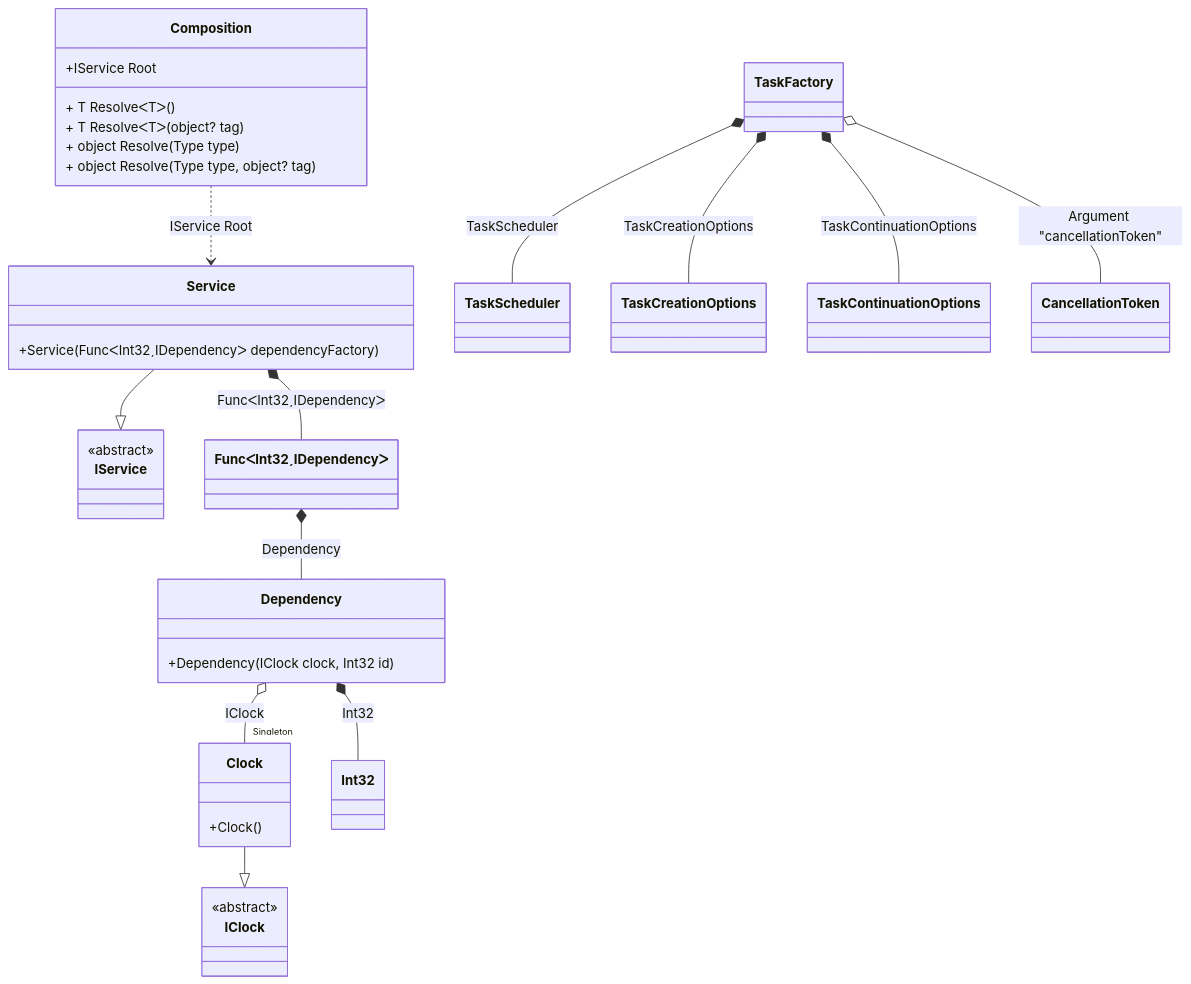
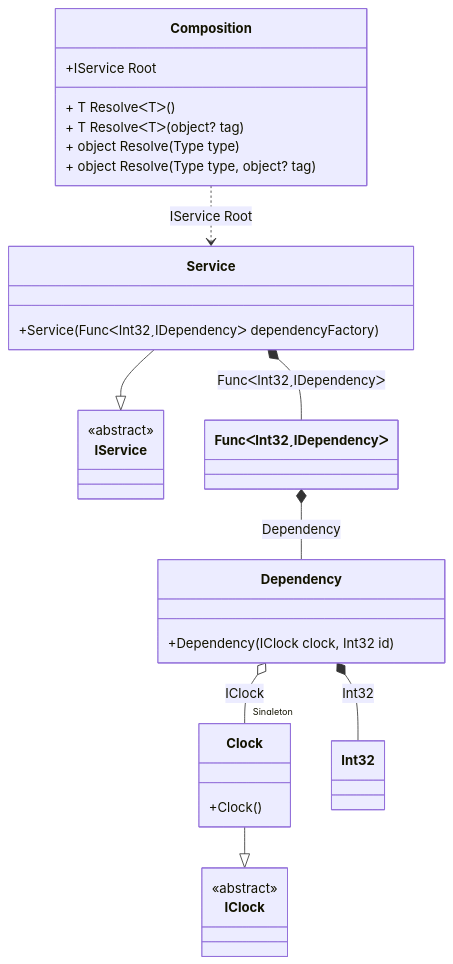
Before and after one commit to DevTeam/Pure.DI: the diagram in readme/func-with-arguments.md, drawn with Mermaid. The commit also changed other lines of this file and 66 other files, not shown here.

Commit message:
Minimizing the volume of the dependency graph

````diff
--- a/readme/func-with-arguments.md
+++ b/readme/func-with-arguments.md
@@ -70,43 +70,34 @@
 ```mermaid
 classDiagram
   class Composition {
     +IService Root
     + T ResolveᐸTᐳ()
     + T ResolveᐸTᐳ(object? tag)
     + object Resolve(Type type)
     + object Resolve(Type type, object? tag)
   }
   class Dependency {
     +Dependency(IClock clock, Int32 id)
   }
   Service --|> IService : 
   class Service {
     +Service(FuncᐸInt32ˏIDependencyᐳ dependencyFactory)
   }
   Clock --|> IClock : 
   class Clock {
     +Clock()
   }
-  class TaskScheduler
-  class TaskCreationOptions
-  class TaskContinuationOptions
-  class TaskFactory
   class Int32
   class FuncᐸInt32ˏIDependencyᐳ
-  class CancellationToken
   class IService {
     <<abstract>>
   }
   class IClock {
     <<abstract>>
   }
   Dependency o--  "Singleton" Clock : IClock
   Dependency *--  Int32 : Int32
   Service *--  FuncᐸInt32ˏIDependencyᐳ : FuncᐸInt32ˏIDependencyᐳ
-  TaskFactory o-- CancellationToken : Argument "cancellationToken"
-  TaskFactory *--  TaskCreationOptions : TaskCreationOptions
-  TaskFactory *--  TaskContinuationOptions : TaskContinuationOptions
-  TaskFactory *--  TaskScheduler : TaskScheduler
   FuncᐸInt32ˏIDependencyᐳ *--  Dependency : Dependency
   Composition ..> Service : IService Root
 ```
````
